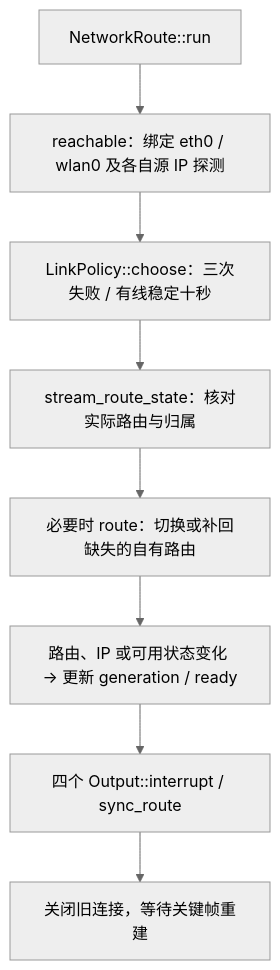
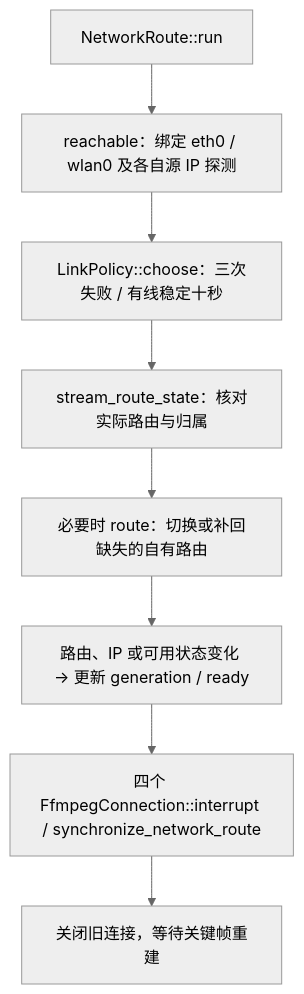
One commit to guozhenhui0317-del/rv1106ipc changed the sixth of 7 diagrams in README.md. Above: the diagram before and after it, drawn with Mermaid (neutral theme). The commit also changed other lines of this file and 6 other files, not shown here.

````diff
--- a/README.md
+++ b/README.md
@@ -399,10 +405,10 @@
 ```mermaid
 flowchart TD
     R["NetworkRoute::run"] --> P["reachable：绑定 eth0 / wlan0 及各自源 IP 探测"]
     P --> L["LinkPolicy::choose：三次失败 / 有线稳定十秒"]
     L --> V["stream_route_state：核对实际路由与归属"]
     V --> A["必要时 route：切换或补回缺失的自有路由"]
     A --> G["路由、IP 或可用状态变化 → 更新 generation / ready"]
-    G --> I["四个 Output::interrupt / sync_route"]
+    G --> I["四个 FfmpegConnection::interrupt / synchronize_network_route"]
     I --> K["关闭旧连接，等待关键帧重建"]
 ```
````
